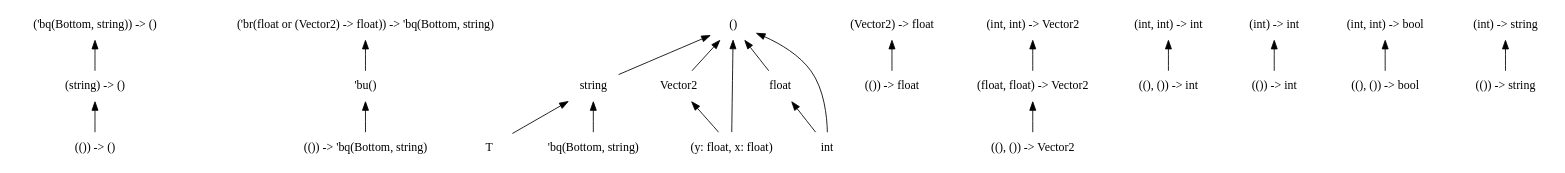
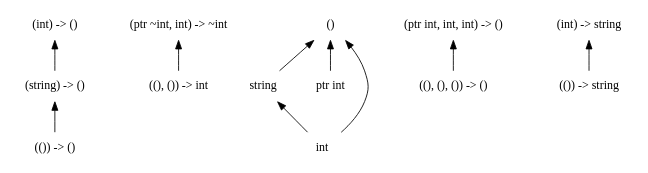
Before and after one commit to chocobo333/regino: the diagram in dots/10.dot, drawn with Graphviz. The commit also changed 48 other files, not shown here.

```diff
--- a/dots/10.dot
+++ b/dots/10.dot
@@ -1,58 +1,33 @@
 digraph order {
   graph [
     size = "30,10"
     ];
   node [
     shape = none
     ];
   edge [
     dir = back
     ];
   "(string) -> ()"
-  "('br(float or (Vector2) -> float)) -> 'bq(Bottom, string)"
   "(()) -> ()"
+  "(ptr ~int, int) -> ~int"
   "string"
-  "Vector2"
-  "(()) -> 'bq(Bottom, string)"
-  "'bu()"
-  "(()) -> float"
-  "T"
-  "'bq(Bottom, string)"
-  "((), ()) -> Vector2"
-  "(int, int) -> Vector2"
+  "(ptr int, int, int) -> ()"
   "((), ()) -> int"
-  "(int) -> int"
-  "(int, int) -> int"
   "()"
-  "(int, int) -> bool"
-  "(float, float) -> Vector2"
+  "ptr int"
+  "((), (), ()) -> ()"
   "(()) -> string"
-  "(Vector2) -> float"
-  "(y: float, x: float)"
+  "(int) -> ()"
   "(int) -> string"
-  "float"
-  "('bq(Bottom, string)) -> ()"
-  "(()) -> int"
   "int"
-  "((), ()) -> bool"
   "(string) -> ()" -> "(()) -> ()"
-  "('br(float or (Vector2) -> float)) -> 'bq(Bottom, string)" -> "'bu()"
-  "string" -> "T"
-  "string" -> "'bq(Bottom, string)"
-  "Vector2" -> "(y: float, x: float)"
-  "'bu()" -> "(()) -> 'bq(Bottom, string)"
-  "(int, int) -> Vector2" -> "(float, float) -> Vector2"
-  "(int) -> int" -> "(()) -> int"
-  "(int, int) -> int" -> "((), ()) -> int"
+  "(ptr ~int, int) -> ~int" -> "((), ()) -> int"
+  "string" -> "int"
+  "(int) -> ()" -> "(string) -> ()"
+  "(int) -> string" -> "(()) -> string"
+  "(ptr int, int, int) -> ()" -> "((), (), ()) -> ()"
   "()" -> "string"
-  "()" -> "Vector2"
-  "()" -> "(y: float, x: float)"
-  "()" -> "float"
   "()" -> "int"
-  "(int, int) -> bool" -> "((), ()) -> bool"
-  "(float, float) -> Vector2" -> "((), ()) -> Vector2"
-  "(Vector2) -> float" -> "(()) -> float"
-  "(int) -> string" -> "(()) -> string"
-  "float" -> "int"
-  "('bq(Bottom, string)) -> ()" -> "(string) -> ()"
+  "()" -> "ptr int"
 }
```
